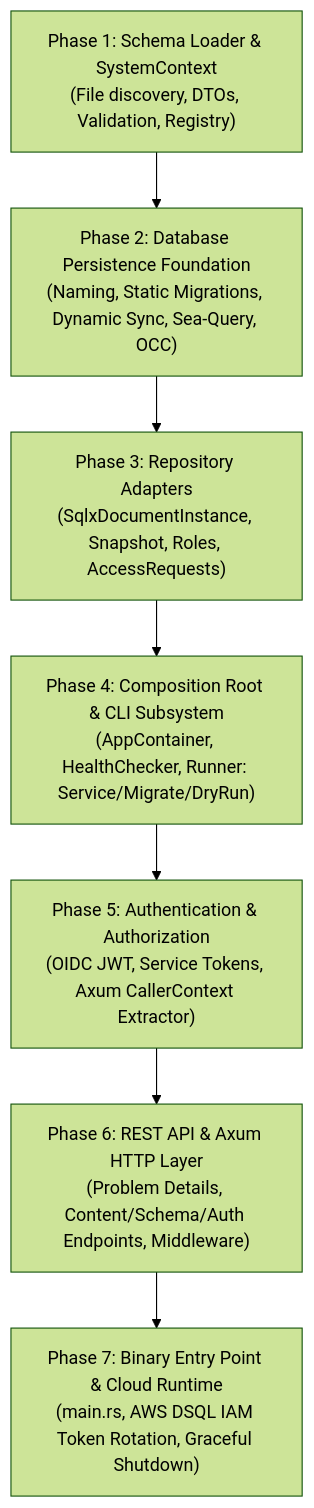
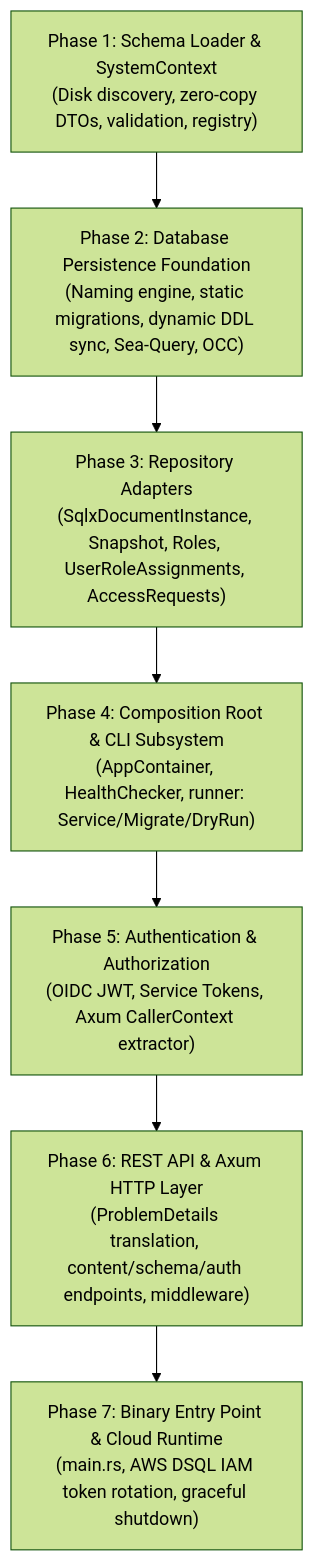
Before and after one commit to luminair-cms/luminair-system: the diagram in docs/plan-infrastructure.md, drawn with Mermaid (forest theme). The commit also changed other lines of this file and 4 other files, not shown here.

First line of the commit message:
docs(infra): design crate architecture, schema loading, and implementation plan

````diff
--- a/docs/plan-infrastructure.md
+++ b/docs/plan-infrastructure.md
@@ -200,17 +19,17 @@
 ```mermaid
 flowchart TD
-    M1["Phase 1: Schema Loader & SystemContext<br/>(File discovery, DTOs, Validation, Registry)"]
-    M2["Phase 2: Database Persistence Foundation<br/>(Naming, Static Migrations, Dynamic Sync, Sea-Query, OCC)"]
-    M3["Phase 3: Repository Adapters<br/>(SqlxDocumentInstance, Snapshot, Roles, AccessRequests)"]
-    M4["Phase 4: Composition Root & CLI Subsystem<br/>(AppContainer, HealthChecker, Runner: Service/Migrate/DryRun)"]
-    M5["Phase 5: Authentication & Authorization<br/>(OIDC JWT, Service Tokens, Axum CallerContext Extractor)"]
-    M6["Phase 6: REST API & Axum HTTP Layer<br/>(Problem Details, Content/Schema/Auth Endpoints, Middleware)"]
-    M7["Phase 7: Binary Entry Point & Cloud Runtime<br/>(main.rs, AWS DSQL IAM Token Rotation, Graceful Shutdown)"]
+    P1["Phase 1: Schema Loader & SystemContext<br/>(Disk discovery, zero-copy DTOs, validation, registry)"]
+    P2["Phase 2: Database Persistence Foundation<br/>(Naming engine, static migrations, dynamic DDL sync, Sea-Query, OCC)"]
+    P3["Phase 3: Repository Adapters<br/>(SqlxDocumentInstance, Snapshot, Roles, UserRoleAssignments, AccessRequests)"]
+    P4["Phase 4: Composition Root & CLI Subsystem<br/>(AppContainer, HealthChecker, runner: Service/Migrate/DryRun)"]
+    P5["Phase 5: Authentication & Authorization<br/>(OIDC JWT, Service Tokens, Axum CallerContext extractor)"]
+    P6["Phase 6: REST API & Axum HTTP Layer<br/>(ProblemDetails translation, content/schema/auth endpoints, middleware)"]
+    P7["Phase 7: Binary Entry Point & Cloud Runtime<br/>(main.rs, AWS DSQL IAM token rotation, graceful shutdown)"]
 
-    M1 --> M2
-    M2 --> M3
-    M3 --> M4
-    M4 --> M5
-    M5 --> M6
-    M6 --> M7
+    P1 --> P2
+    P2 --> P3
+    P3 --> P4
+    P4 --> P5
+    P5 --> P6
+    P6 --> P7
 ```
````
